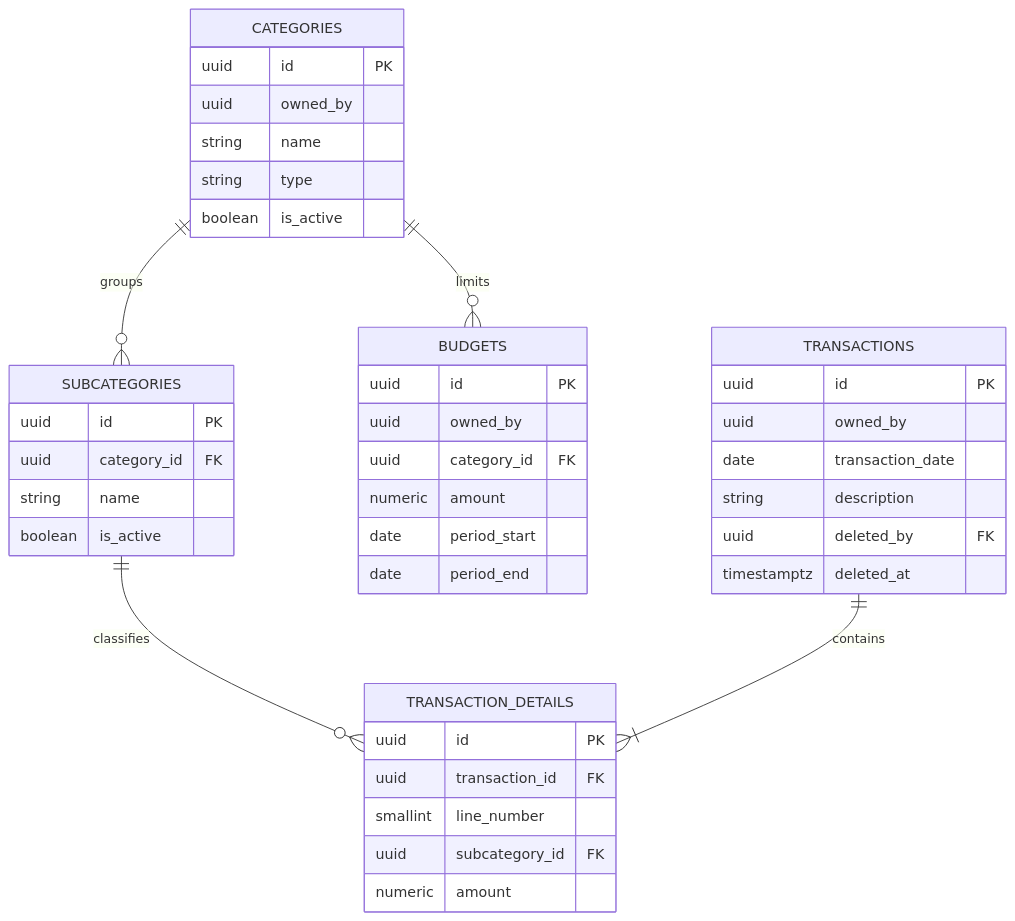
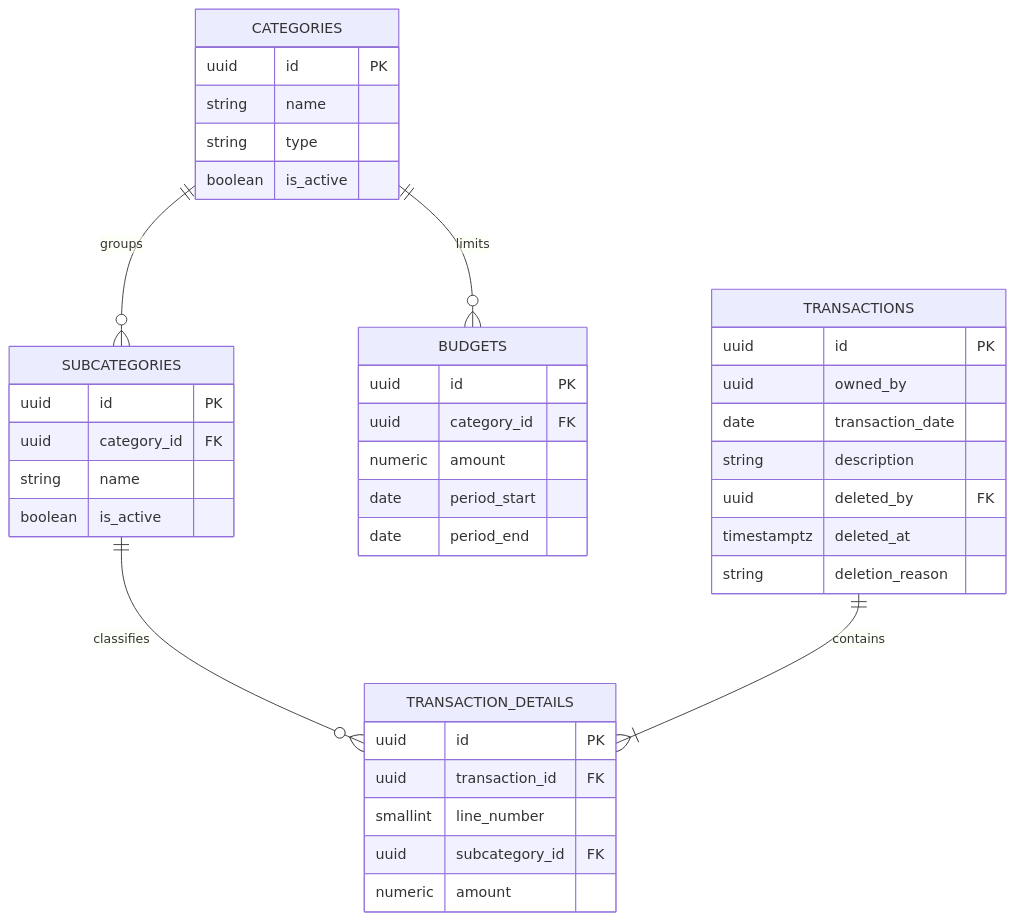
Before and after one commit to Naudi13/budget-tracker: the diagram in docs/06-data/models.md, drawn with Mermaid. The commit also changed other lines of this file and 14 other files, not shown here.

````diff
--- a/docs/06-data/models.md
+++ b/docs/06-data/models.md
@@ -26,43 +27,42 @@
 ```mermaid
 erDiagram
     CATEGORIES ||--o{ SUBCATEGORIES : groups
     CATEGORIES ||--o{ BUDGETS : limits
     SUBCATEGORIES ||--o{ TRANSACTION_DETAILS : classifies
     TRANSACTIONS ||--|{ TRANSACTION_DETAILS : contains
     CATEGORIES {
         uuid id PK
-        uuid owned_by
         string name
         string type
         boolean is_active
     }
     SUBCATEGORIES {
         uuid id PK
         uuid category_id FK
         string name
         boolean is_active
     }
     BUDGETS {
         uuid id PK
-        uuid owned_by
         uuid category_id FK
         numeric amount
         date period_start
         date period_end
     }
     TRANSACTIONS {
         uuid id PK
         uuid owned_by
         date transaction_date
         string description
         uuid deleted_by FK
         timestamptz deleted_at
+        string deletion_reason
     }
     TRANSACTION_DETAILS {
         uuid id PK
         uuid transaction_id FK
         smallint line_number
         uuid subcategory_id FK
         numeric amount
     }
 ```
````
